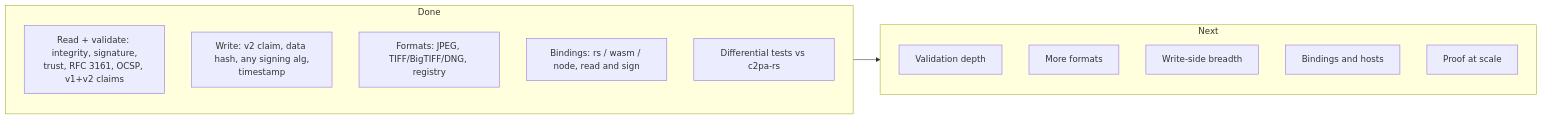
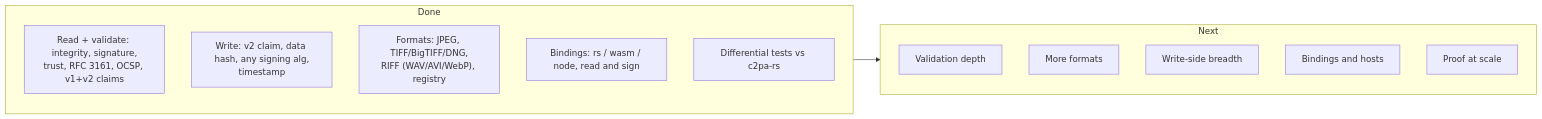
The diagram in docs/walkthrough/09-future.md (scouten/state-machine-experiment), drawn with Mermaid before and after one commit. The commit also changed other lines of this file and 52 other files, not shown here.

````diff
--- a/docs/walkthrough/09-future.md
+++ b/docs/walkthrough/09-future.md
@@ -8,20 +8,20 @@
 ```mermaid
 flowchart LR
     subgraph done["Done"]
         direction TB
         d1["Read + validate: integrity, signature,<br/>trust, RFC 3161, OCSP, v1+v2 claims"]
         d2["Write: v2 claim, data hash, any signing alg,<br/>timestamp"]
-        d3["Formats: JPEG, TIFF/BigTIFF/DNG, registry"]
+        d3["Formats: JPEG, TIFF/BigTIFF/DNG,<br/>RIFF (WAV/AVI/WebP), registry"]
         d4["Bindings: rs / wasm / node, read and sign"]
         d5["Differential tests vs c2pa-rs"]
     end
     subgraph next["Next"]
         direction TB
         n1["Validation depth"]
         n2["More formats"]
         n3["Write-side breadth"]
         n4["Bindings and hosts"]
         n5["Proof at scale"]
     end
     done --> next
 ```
````
